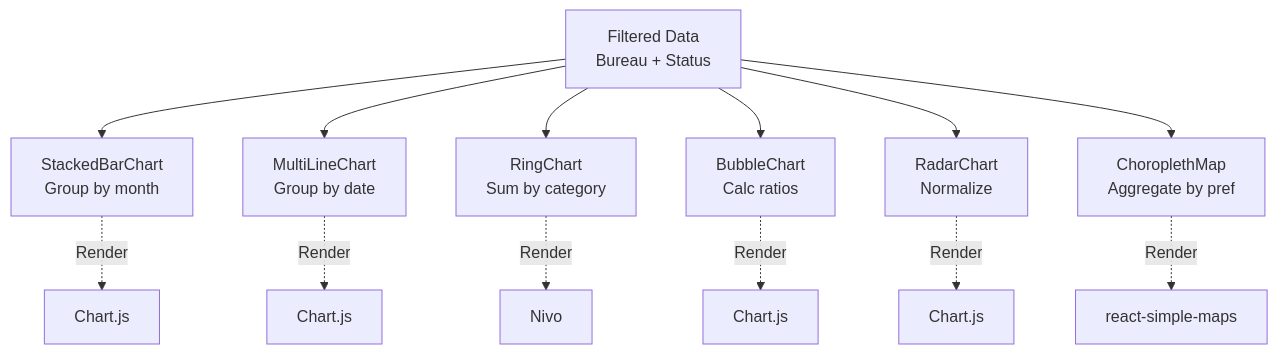
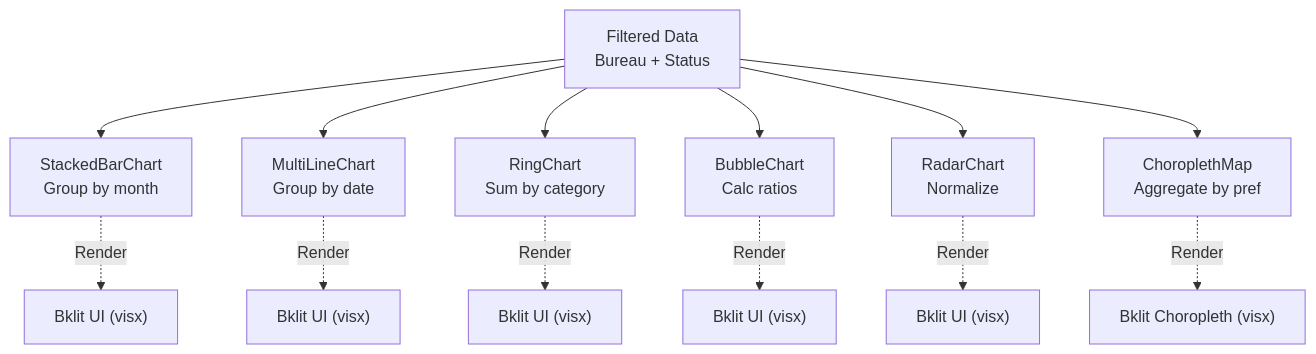
The fifth of 16 diagrams in ARCHITECTURE.md (RetroHazard/JP_Immigration_Dashboard), drawn with Mermaid before and after one commit. The commit also changed other lines of this file and 10 other files, not shown here.

````diff
--- a/ARCHITECTURE.md
+++ b/ARCHITECTURE.md
@@ -122,24 +124,24 @@
 ```mermaid
 graph TD
     FILTERED["Filtered Data<br/>Bureau + Status"]
     STACK["StackedBarChart<br/>Group by month"]
     LINE["MultiLineChart<br/>Group by date"]
     RING["RingChart<br/>Sum by category"]
     BUBBLE["BubbleChart<br/>Calc ratios"]
     RADAR["RadarChart<br/>Normalize"]
     MAP["ChoroplethMap<br/>Aggregate by pref"]
     
     FILTERED --> STACK
     FILTERED --> LINE
     FILTERED --> RING
     FILTERED --> BUBBLE
     FILTERED --> RADAR
     FILTERED --> MAP
     
-    STACK -.->|Render| VIZ1["Chart.js"]
-    LINE -.->|Render| VIZ2["Chart.js"]
-    RING -.->|Render| VIZ3["Nivo"]
-    BUBBLE -.->|Render| VIZ4["Chart.js"]
-    RADAR -.->|Render| VIZ5["Chart.js"]
-    MAP -.->|Render| VIZ6["react-simple-maps"]
+    STACK -.->|Render| VIZ1["Bklit UI (visx)"]
+    LINE -.->|Render| VIZ2["Bklit UI (visx)"]
+    RING -.->|Render| VIZ3["Bklit UI (visx)"]
+    BUBBLE -.->|Render| VIZ4["Bklit UI (visx)"]
+    RADAR -.->|Render| VIZ5["Bklit UI (visx)"]
+    MAP -.->|Render| VIZ6["Bklit Choropleth (visx)"]
 ```
````
